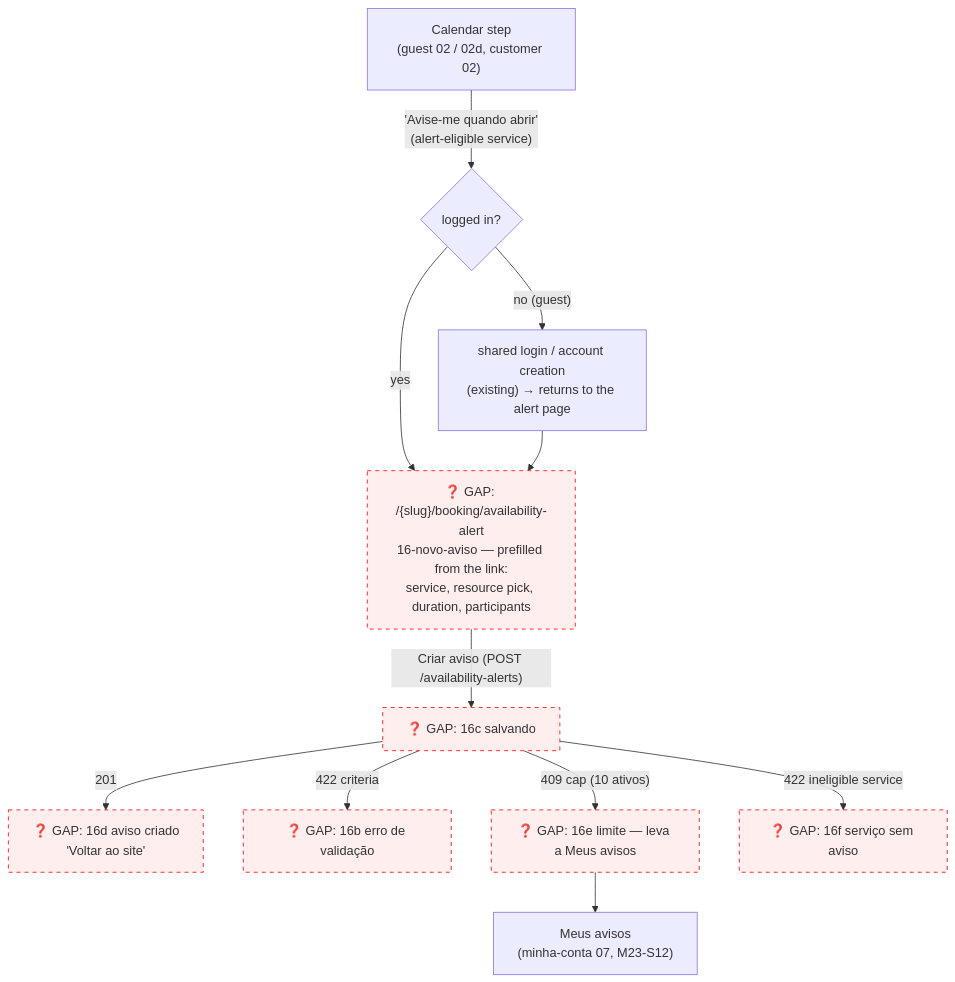
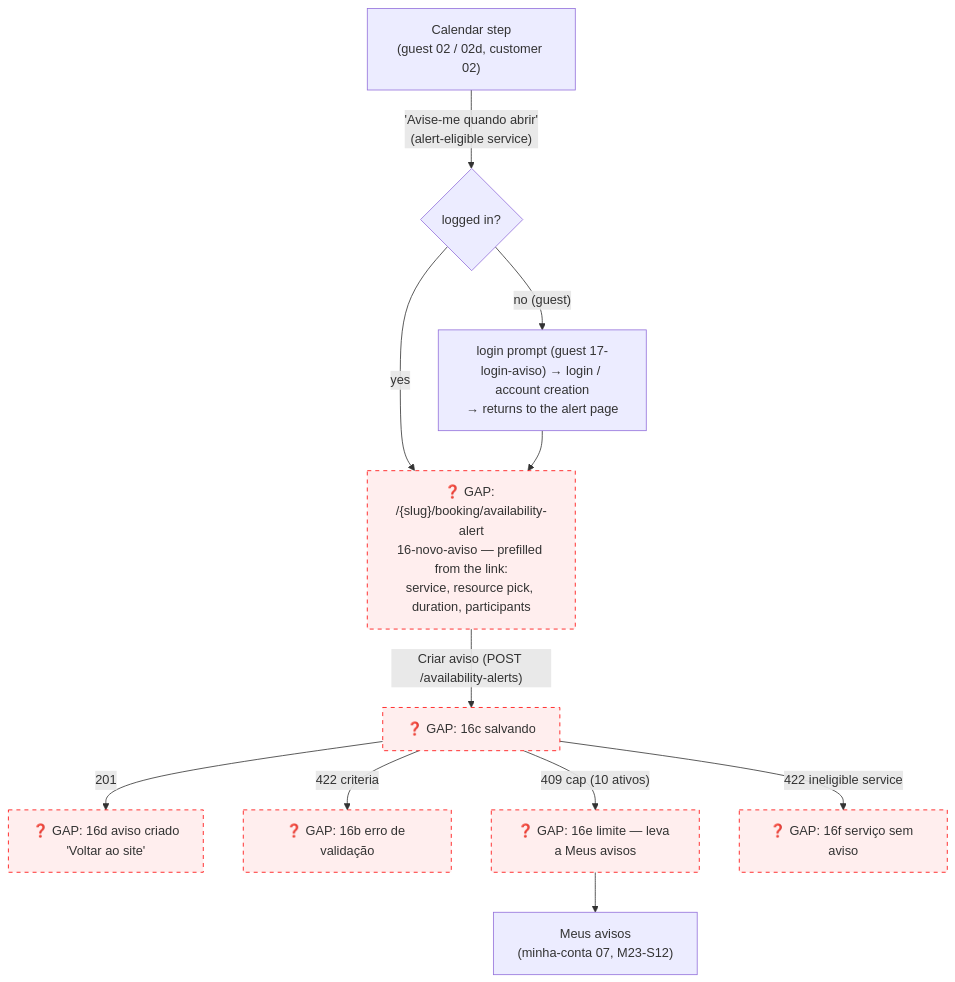
One commit to lmmoreira/ikaro changed the second of 2 diagrams in plan/journey/customer/book-a-service.md. Above: the diagram before and after it, drawn with Mermaid. The commit also changed 18 other files, not shown here.

First line of the commit message:
docs(plan): draw the missing M23-S31/S12 alert prototype screens and wire the guest path

````diff
--- a/plan/journey/customer/book-a-service.md
+++ b/plan/journey/customer/book-a-service.md
@@ -75,16 +75,16 @@
 ```mermaid
 flowchart TD
     classDef gap stroke:#f00,stroke-dasharray: 5 5,fill:#fee
 
     Cal["Calendar step<br/>(guest 02 / 02d, customer 02)"] -->|"'Avise-me quando abrir'<br/>(alert-eligible service)"| Auth{"logged in?"}
-    Auth -->|"no (guest)"| Login["shared login / account creation<br/>(existing) → returns to the alert page"]
+    Auth -->|"no (guest)"| Login["login prompt (guest 17-login-aviso) → login / account creation<br/>→ returns to the alert page"]
     Auth -->|"yes"| Form
     Login --> Form["❓ GAP: /{slug}/booking/availability-alert<br/>16-novo-aviso — prefilled from the link:<br/>service, resource pick, duration, participants"]
     Form -->|"Criar aviso (POST /availability-alerts)"| Saving["❓ GAP: 16c salvando"]
     Saving -->|"201"| Done["❓ GAP: 16d aviso criado<br/>'Voltar ao site'"]
     Saving -->|"422 criteria"| Err["❓ GAP: 16b erro de validação"]
     Saving -->|"409 cap (10 ativos)"| Cap["❓ GAP: 16e limite — leva a Meus avisos"]
     Saving -->|"422 ineligible service"| Inel["❓ GAP: 16f serviço sem aviso"]
     Cap --> Lista["Meus avisos<br/>(minha-conta 07, M23-S12)"]
     class Form,Saving,Done,Err,Cap,Inel gap
 ```
````
